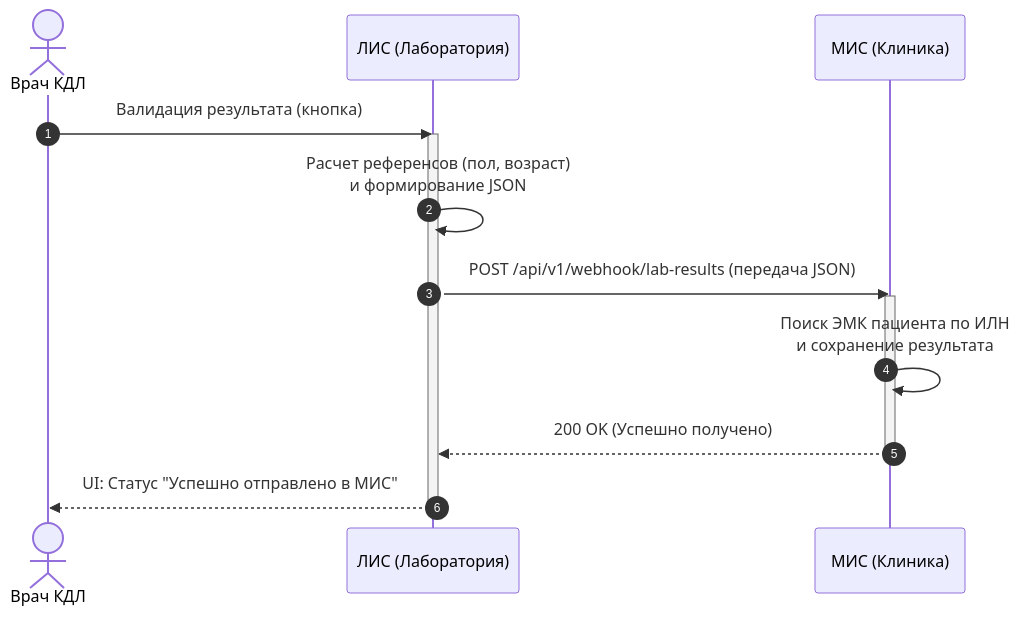
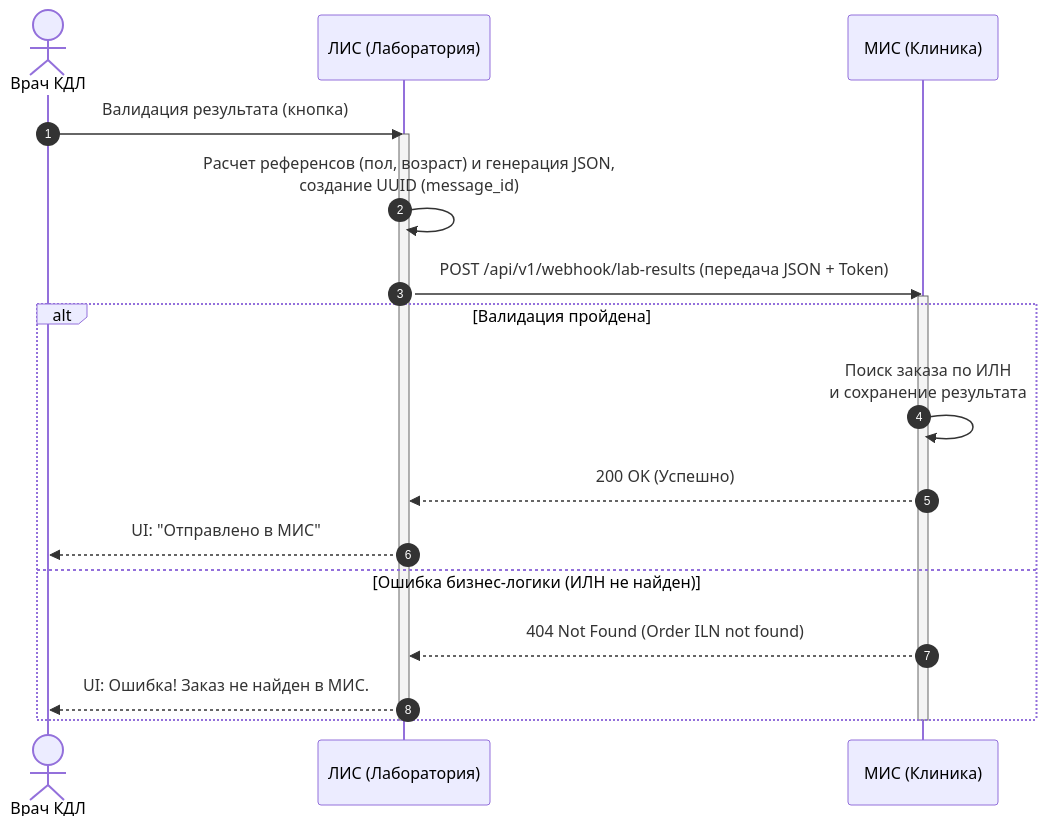
The diagram in project-lis/api-results.md (listvann/System-Analysis-Portfolio), drawn with Mermaid before and after one commit. The commit also changed other lines of this file, not shown here.

````diff
--- a/project-lis/api-results.md
+++ b/project-lis/api-results.md
@@ -66,18 +82,23 @@
 ```mermaid
 sequenceDiagram
     autonumber
     actor Doctor as Врач КДЛ
     participant LIS as ЛИС (Лаборатория)
     participant MIS as МИС (Клиника)
 
     Doctor->>LIS: Валидация результата (кнопка)
     activate LIS
-    LIS->>LIS: Расчет референсов (пол, возраст)<br/>и формирование JSON
-    LIS->>MIS: POST /api/v1/webhook/lab-results (передача JSON)
+    LIS->>LIS: Расчет референсов (пол, возраст) и генерация JSON,<br/>создание UUID (message_id)
+    LIS->>MIS: POST /api/v1/webhook/lab-results (передача JSON + Token)
     activate MIS
-    MIS->>MIS: Поиск ЭМК пациента по ИЛН<br/>и сохранение результата
-    MIS-->>LIS: 200 OK (Успешно получено)
+    alt Валидация пройдена
+        MIS->>MIS: Поиск заказа по ИЛН<br/>и сохранение результата
+        MIS-->>LIS: 200 OK (Успешно)
+        LIS-->>Doctor: UI: "Отправлено в МИС"
+    else Ошибка бизнес-логики (ИЛН не найден)
+        MIS-->>LIS: 404 Not Found (Order ILN not found)
+        LIS-->>Doctor: UI: Ошибка! Заказ не найден в МИС.
+    end
     deactivate MIS
-    LIS-->>Doctor: UI: Статус "Успешно отправлено в МИС"
     deactivate LIS
 ```
````
